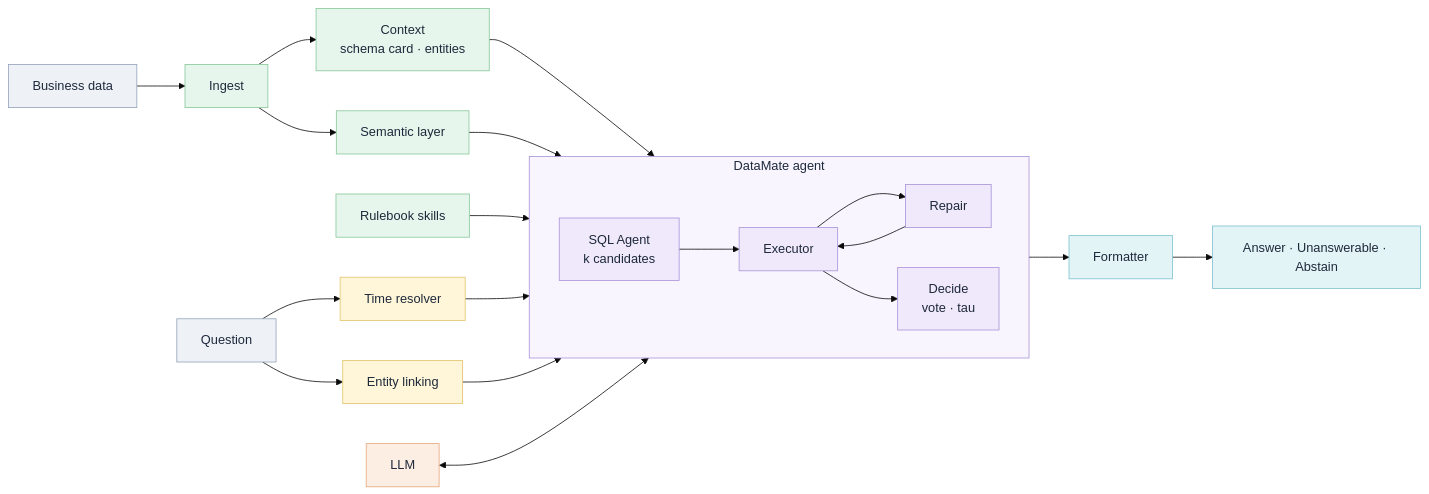
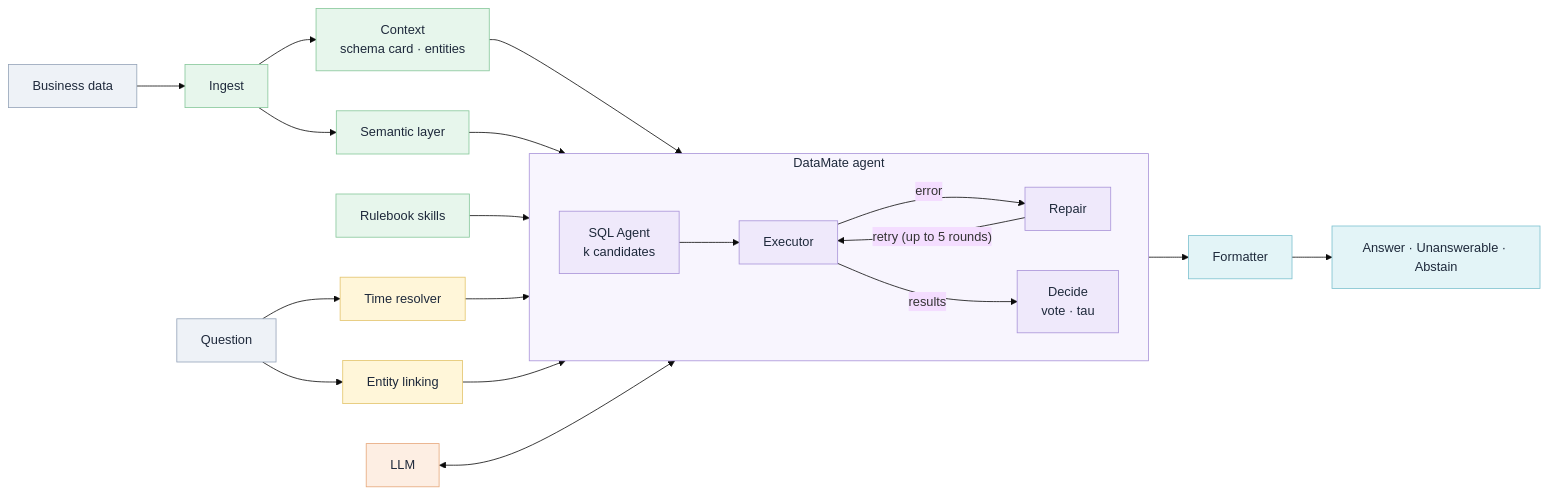
The diagram in README.md (MinLee0210/DataMate-ZAIC2026), drawn with Mermaid (base theme) before and after one commit. The commit also changed 4 other files, not shown here.

Commit message:
Allow up to 5 repair rounds and show the repair loop in the README diagram

````diff
--- a/README.md
+++ b/README.md
@@ -15,40 +15,40 @@
 ```mermaid
 flowchart LR
     data["Business data"] --> ingest["Ingest"]
     ingest --> context["Context<br/>schema card · entities"]
     ingest --> semantic["Semantic layer"]
 
     question["Question"] --> time["Time resolver"]
     question --> link["Entity linking"]
 
     subgraph agent["DataMate agent"]
         direction LR
         generate["SQL Agent<br/>k candidates"] --> execute["Executor"]
-        execute --> repair["Repair"]
-        repair --> execute
-        execute --> decide["Decide<br/>vote · tau"]
+        execute -- "error" --> repair["Repair"]
+        repair -- "retry (up to 5 rounds)" --> execute
+        execute -- "results" --> decide["Decide<br/>vote · tau"]
     end
 
     context --> agent
     semantic --> agent
     rulebook["Rulebook skills"] --> agent
     time --> agent
     link --> agent
     llm["LLM"] <--> agent
     decide --> format["Formatter"] --> answer["Answer · Unanswerable · Abstain"]
 
     classDef input fill:#eef2f7,stroke:#94a3b8,color:#1e293b
     classDef knowledge fill:#e7f6ec,stroke:#86c79a,color:#1e293b
     classDef understand fill:#fff6d9,stroke:#e3c46b,color:#1e293b
     classDef reason fill:#efe9fb,stroke:#a993d9,color:#1e293b
     classDef model fill:#fdeee3,stroke:#e6a77a,color:#1e293b
     classDef output fill:#e3f4f7,stroke:#7cc1cf,color:#1e293b
 
     class data,question input
     class ingest,context,semantic,rulebook knowledge
     class time,link understand
     class generate,execute,repair,decide reason
     class llm model
     class format,answer output
     style agent fill:#f8f5fe,stroke:#a993d9,color:#1e293b
 ```
````
